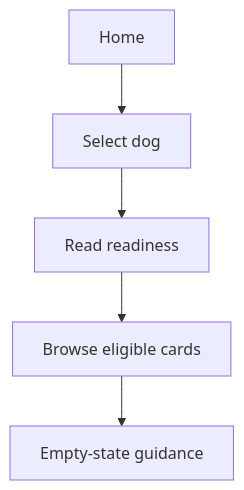
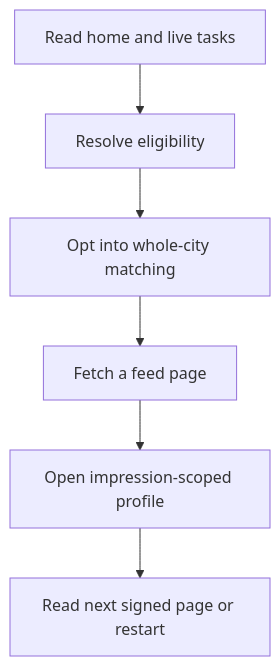
Before and after one commit to thams-geth/dogdating-api: the diagram in docs/handovers/M06.md, drawn with Mermaid. The commit also changed other lines of this file and 29 other files, not shown here.

Commit message:
feat(discovery): add gated city feed and live privacy checks

````diff
--- a/docs/handovers/M06.md
+++ b/docs/handovers/M06.md
@@ -15,12 +15,14 @@
 ```mermaid
 flowchart TD
-  S0["Home"]
-  S1["Select dog"]
-  S2["Read readiness"]
-  S3["Browse eligible cards"]
-  S4["Empty-state guidance"]
+  S0["Read home and live tasks"]
+  S1["Resolve eligibility"]
+  S2["Opt into whole-city matching"]
+  S3["Fetch a feed page"]
+  S4["Open impression-scoped profile"]
+  S5["Read next signed page or restart"]
   S0 --> S1
   S1 --> S2
   S2 --> S3
   S3 --> S4
+  S4 --> S5
 ```
````
